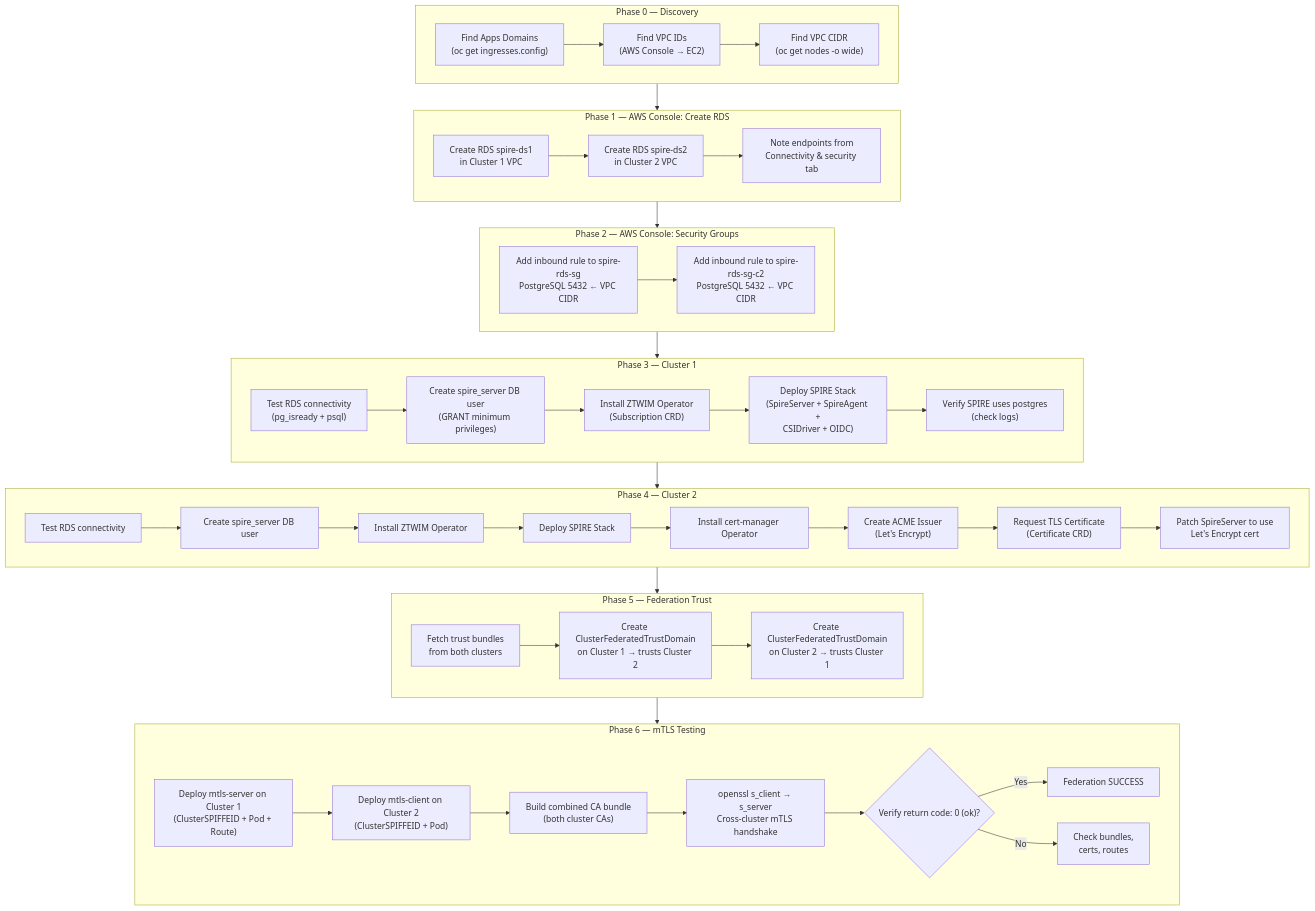
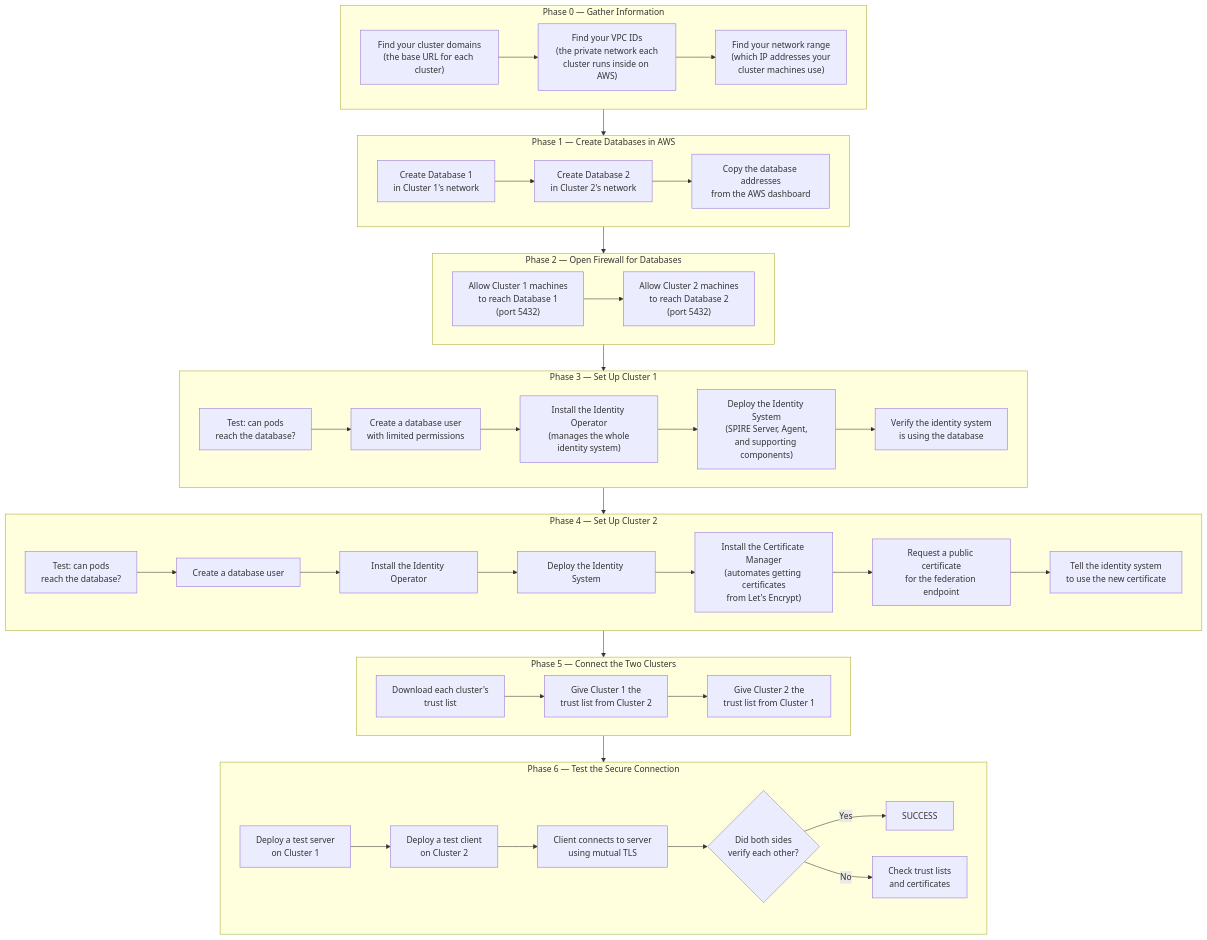
One commit to sayak-redhat/redhat-openshift-onboarding changed the second of 7 diagrams in SPIFFE-Federation-RDS-Flowchart.md. Above: the diagram before and after it, drawn with Mermaid. The commit also changed other lines of this file, not shown here.

First line of the commit message:
Rewrite flowchart for beginners - plain English, analogies, jargon decoder

````diff
--- a/SPIFFE-Federation-RDS-Flowchart.md
+++ b/SPIFFE-Federation-RDS-Flowchart.md
@@ -11,49 +35,47 @@
 ```mermaid
 flowchart TD
-    subgraph phase0 [Phase 0 — Discovery]
-        A1["Find Apps Domains\n(oc get ingresses.config)"] --> A2["Find VPC IDs\n(AWS Console → EC2)"]
-        A2 --> A3["Find VPC CIDR\n(oc get nodes -o wide)"]
+    subgraph phase0 [Phase 0 — Gather Information]
+        A1["Find your cluster domains\n(the base URL for each cluster)"] --> A2["Find your VPC IDs\n(the private network each\ncluster runs inside on AWS)"]
+        A2 --> A3["Find your network range\n(which IP addresses your\ncluster machines use)"]
     end
 
-    subgraph phase1 [Phase 1 — AWS Console: Create RDS]
-        B1["Create RDS spire-ds1\nin Cluster 1 VPC"] --> B2["Create RDS spire-ds2\nin Cluster 2 VPC"]
-        B2 --> B3["Note endpoints from\nConnectivity & security tab"]
+    subgraph phase1 [Phase 1 — Create Databases in AWS]
+        B1["Create Database 1\nin Cluster 1's network"] --> B2["Create Database 2\nin Cluster 2's network"]
+        B2 --> B3["Copy the database addresses\nfrom the AWS dashboard"]
     end
 
-    subgraph phase2 [Phase 2 — AWS Console: Security Groups]
-        C1["Add inbound rule to spire-rds-sg\nPostgreSQL 5432 ← VPC CIDR"] --> C2["Add inbound rule to spire-rds-sg-c2\nPostgreSQL 5432 ← VPC CIDR"]
+    subgraph phase2 [Phase 2 — Open Firewall for Databases]
+        C1["Allow Cluster 1 machines\nto reach Database 1\n(port 5432)"] --> C2["Allow Cluster 2 machines\nto reach Database 2\n(port 5432)"]
     end
 
-    subgraph phase3 [Phase 3 — Cluster 1]
-        D1["Test RDS connectivity\n(pg_isready + psql)"] --> D2["Create spire_server DB user\n(GRANT minimum privileges)"]
-        D2 --> D3["Install ZTWIM Operator\n(Subscription CRD)"]
-        D3 --> D4["Deploy SPIRE Stack\n(SpireServer + SpireAgent +\nCSIDriver + OIDC)"]
-        D4 --> D5["Verify SPIRE uses postgres\n(check logs)"]
+    subgraph phase3 [Phase 3 — Set Up Cluster 1]
+        D1["Test: can pods\nreach the database?"] --> D2["Create a database user\nwith limited permissions"]
+        D2 --> D3["Install the Identity Operator\n(manages the whole\nidentity system)"]
+        D3 --> D4["Deploy the Identity System\n(SPIRE Server, Agent,\nand supporting components)"]
+        D4 --> D5["Verify the identity system\nis using the database"]
     end
 
-    subgraph phase4 [Phase 4 — Cluster 2]
-        E1["Test RDS connectivity"] --> E2["Create spire_server DB user"]
-        E2 --> E3["Install ZTWIM Operator"]
-        E3 --> E4["Deploy SPIRE Stack"]
-        E4 --> E5["Install cert-manager Operator"]
-        E5 --> E6["Create ACME Issuer\n(Let's Encrypt)"]
-        E6 --> E7["Request TLS Certificate\n(Certificate CRD)"]
-        E7 --> E8["Patch SpireServer to use\nLet's Encrypt cert"]
+    subgraph phase4 [Phase 4 — Set Up Cluster 2]
+        E1["Test: can pods\nreach the database?"] --> E2["Create a database user"]
+        E2 --> E3["Install the Identity Operator"]
+        E3 --> E4["Deploy the Identity System"]
+        E4 --> E5["Install the Certificate Manager\n(automates getting certificates\nfrom Let's Encrypt)"]
+        E5 --> E6["Request a public certificate\nfor the federation endpoint"]
+        E6 --> E7["Tell the identity system\nto use the new certificate"]
     end
 
-    subgraph phase5 [Phase 5 — Federation Trust]
-        F1["Fetch trust bundles\nfrom both clusters"] --> F2["Create ClusterFederatedTrustDomain\non Cluster 1 → trusts Cluster 2"]
-        F2 --> F3["Create ClusterFederatedTrustDomain\non Cluster 2 → trusts Cluster 1"]
+    subgraph phase5 [Phase 5 — Connect the Two Clusters]
+        F1["Download each cluster's\ntrust list"] --> F2["Give Cluster 1 the\ntrust list from Cluster 2"]
+        F2 --> F3["Give Cluster 2 the\ntrust list from Cluster 1"]
     end
 
-    subgraph phase6 [Phase 6 — mTLS Testing]
-        G1["Deploy mtls-server on Cluster 1\n(ClusterSPIFFEID + Pod + Route)"] --> G2["Deploy mtls-client on Cluster 2\n(ClusterSPIFFEID + Pod)"]
-        G2 --> G3["Build combined CA bundle\n(both cluster CAs)"]
-        G3 --> G4["openssl s_client → s_server\nCross-cluster mTLS handshake"]
-        G4 --> G5{"Verify return code: 0 (ok)?"}
-        G5 -->|Yes| G6["Federation SUCCESS"]
-        G5 -->|No| G7["Check bundles,\ncerts, routes"]
+    subgraph phase6 [Phase 6 — Test the Secure Connection]
+        G1["Deploy a test server\non Cluster 1"] --> G2["Deploy a test client\non Cluster 2"]
+        G2 --> G3["Client connects to server\nusing mutual TLS"]
+        G3 --> G4{"Did both sides\nverify each other?"}
+        G4 -->|Yes| G5["SUCCESS"]
+        G4 -->|No| G6["Check trust lists\nand certificates"]
     end
 
     phase0 --> phase1 --> phase2 --> phase3 --> phase4 --> phase5 --> phase6
 ```
````
